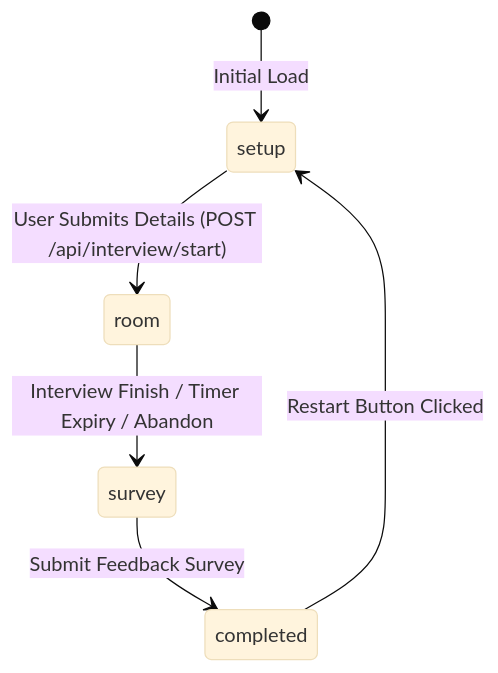
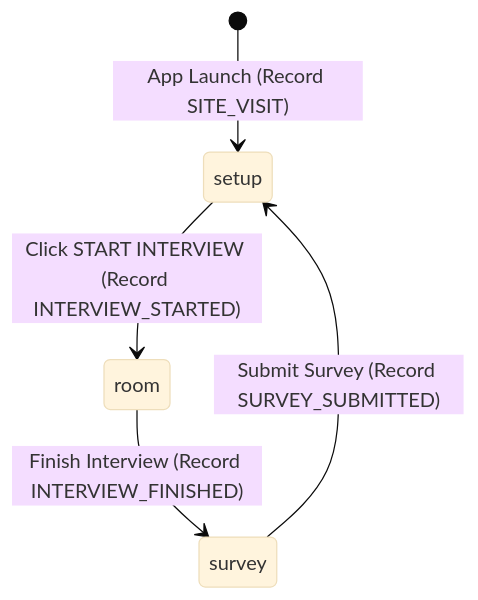
The diagram in docs/Frontend-Architecture.md (harsh7870297-png/TRIVE), drawn with Mermaid (base theme) before and after one commit. The commit also changed other lines of this file and 8 other files, not shown here.

````diff
--- a/docs/Frontend-Architecture.md
+++ b/docs/Frontend-Architecture.md
@@ -24,8 +52,7 @@
 ```mermaid
 stateDiagram-v2
-    [*] --> setup: Initial Load
-    setup --> room: User Submits Details (POST /api/interview/start)
-    room --> survey: Interview Finish / Timer Expiry / Abandon
-    survey --> completed: Submit Feedback Survey
-    completed --> setup: Restart Button Clicked
+    [*] --> setup: App Launch (Record SITE_VISIT)
+    setup --> room: Click START INTERVIEW (Record INTERVIEW_STARTED)
+    room --> survey: Finish Interview (Record INTERVIEW_FINISHED)
+    survey --> setup: Submit Survey (Record SURVEY_SUBMITTED)
 ```
````
